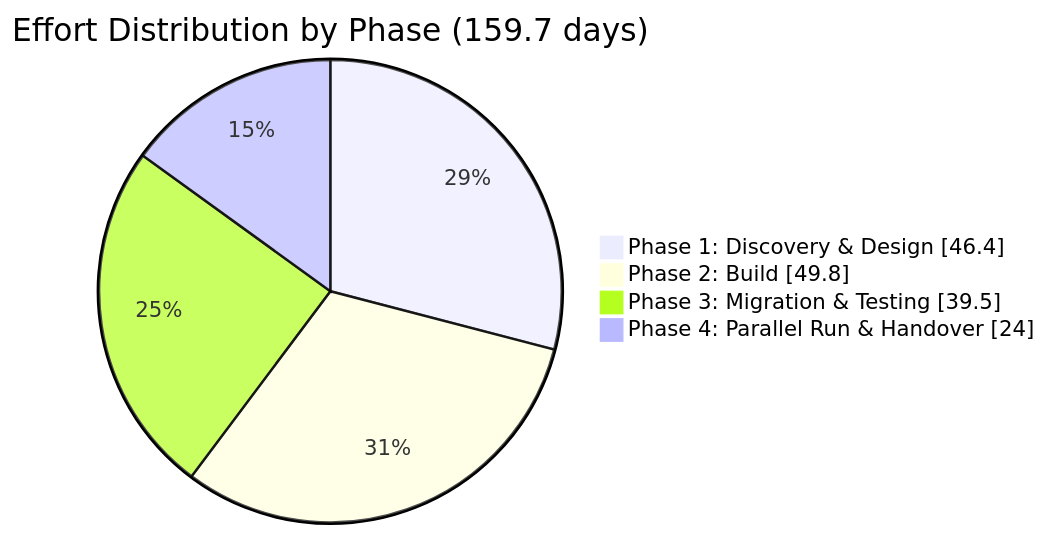
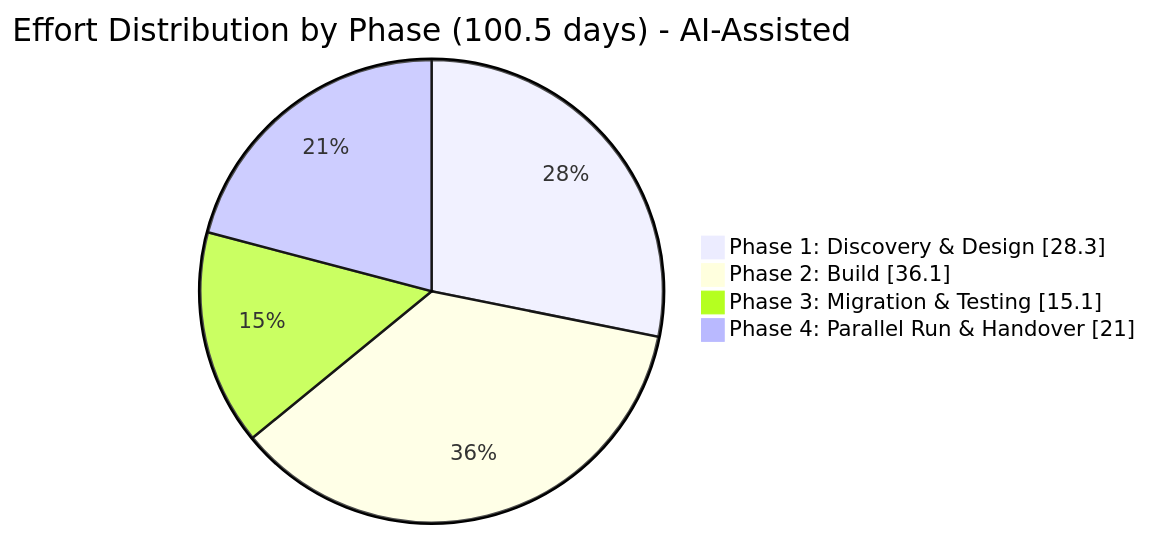
One commit to sfc-gh-mhindi/REPO_CANVA changed the second of 2 diagrams in 4-DataPipelinePrioritisation/Monetization Domain/Monetisation_Domain_Scope_of_Work_INTERNAL.md. Above: the diagram before and after it, drawn with Mermaid. The commit also changed other lines of this file and 2 other files, not shown here.

First line of the commit message:
Update Monetisation SOW with AI-assisted effort estimates

````diff
--- a/4-DataPipelinePrioritisation/Monetization Domain/Monetisation_Domain_Scope_of_Work_INTERNAL.md
+++ b/4-DataPipelinePrioritisation/Monetization Domain/Monetisation_Domain_Scope_of_Work_INTERNAL.md
@@ -630,8 +599,8 @@
 ```mermaid
 pie showData
-    title Effort Distribution by Phase (159.7 days)
-    "Phase 1: Discovery & Design" : 46.4
-    "Phase 2: Build" : 49.8
-    "Phase 3: Migration & Testing" : 39.5
-    "Phase 4: Parallel Run & Handover" : 24.0
+    title Effort Distribution by Phase (100.5 days) - AI-Assisted
+    "Phase 1: Discovery & Design" : 28.3
+    "Phase 2: Build" : 36.1
+    "Phase 3: Migration & Testing" : 15.1
+    "Phase 4: Parallel Run & Handover" : 21.0
 ```
````
